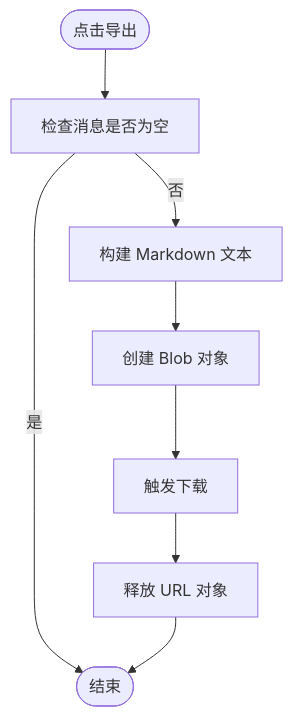
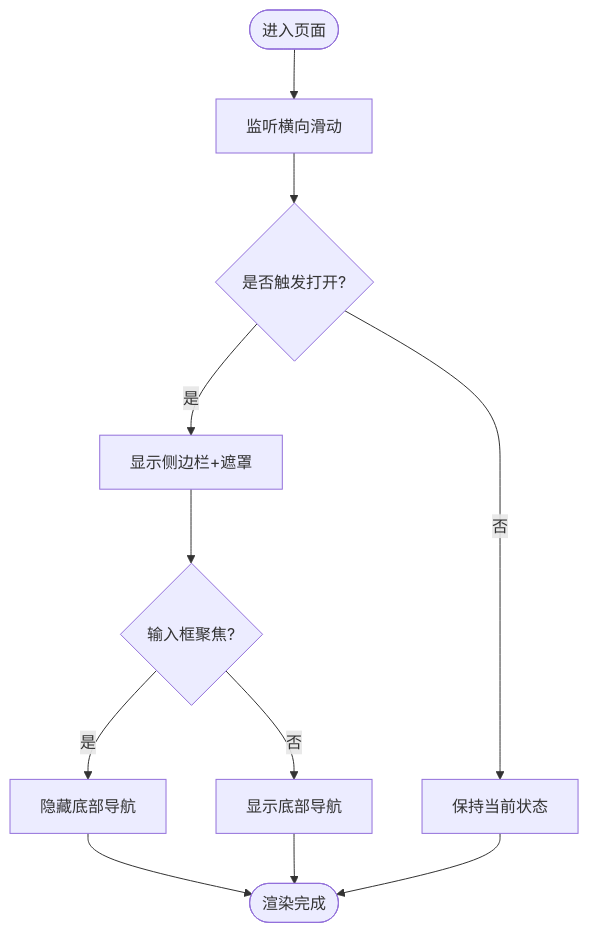
Before and after one commit to billye220670/AIShop: the fourth of 6 diagrams in .qoder/repowiki/zh/content/开发指南/开发指南.md, drawn with Mermaid. The commit also changed other lines of this file and 135 other files, not shown here.

````diff
--- a/.qoder/repowiki/zh/content/开发指南/开发指南.md
+++ b/.qoder/repowiki/zh/content/开发指南/开发指南.md
@@ -194,10 +159,13 @@
 ```mermaid
 flowchart TD
-Start(["点击导出"]) --> Check["检查消息是否为空"]
-Check --> |是| End(["结束"])
-Check --> |否| BuildMD["构建 Markdown 文本"]
-BuildMD --> CreateBlob["创建 Blob 对象"]
-CreateBlob --> TriggerDL["触发下载"]
-TriggerDL --> Cleanup["释放 URL 对象"]
-Cleanup --> End
+Start(["进入页面"]) --> Swipe["监听横向滑动"]
+Swipe --> Open{"是否触发打开?"}
+Open -- 是 --> ShowSidebar["显示侧边栏+遮罩"]
+Open -- 否 --> KeepState["保持当前状态"]
+ShowSidebar --> FocusInput{"输入框聚焦?"}
+FocusInput -- 是 --> HideBottom["隐藏底部导航"]
+FocusInput -- 否 --> ShowBottom["显示底部导航"]
+HideBottom --> End(["渲染完成"])
+ShowBottom --> End
+KeepState --> End
 ```
````
